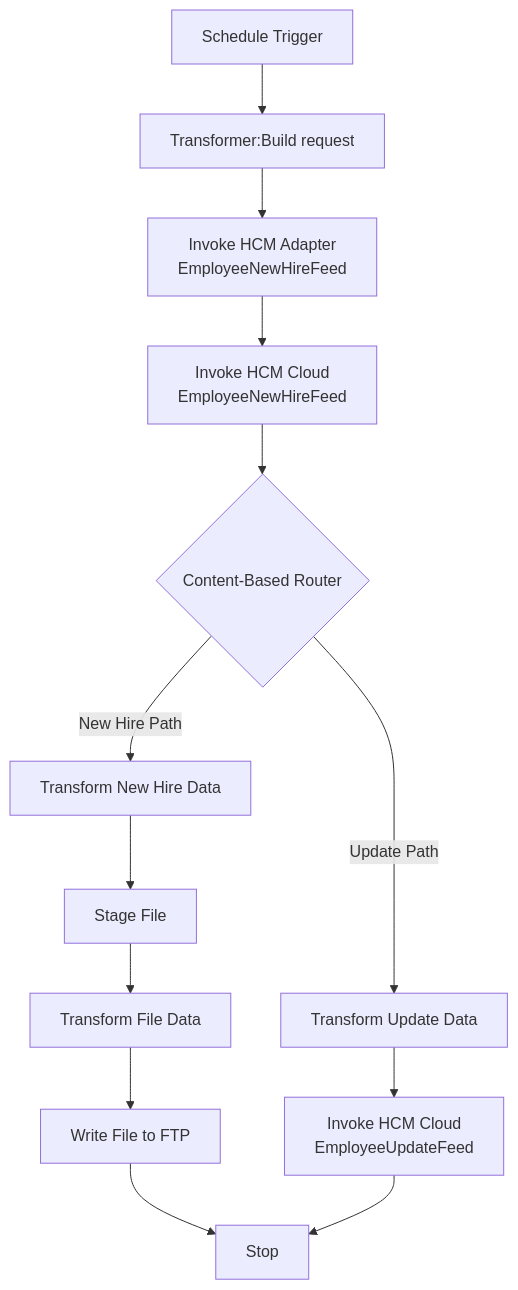
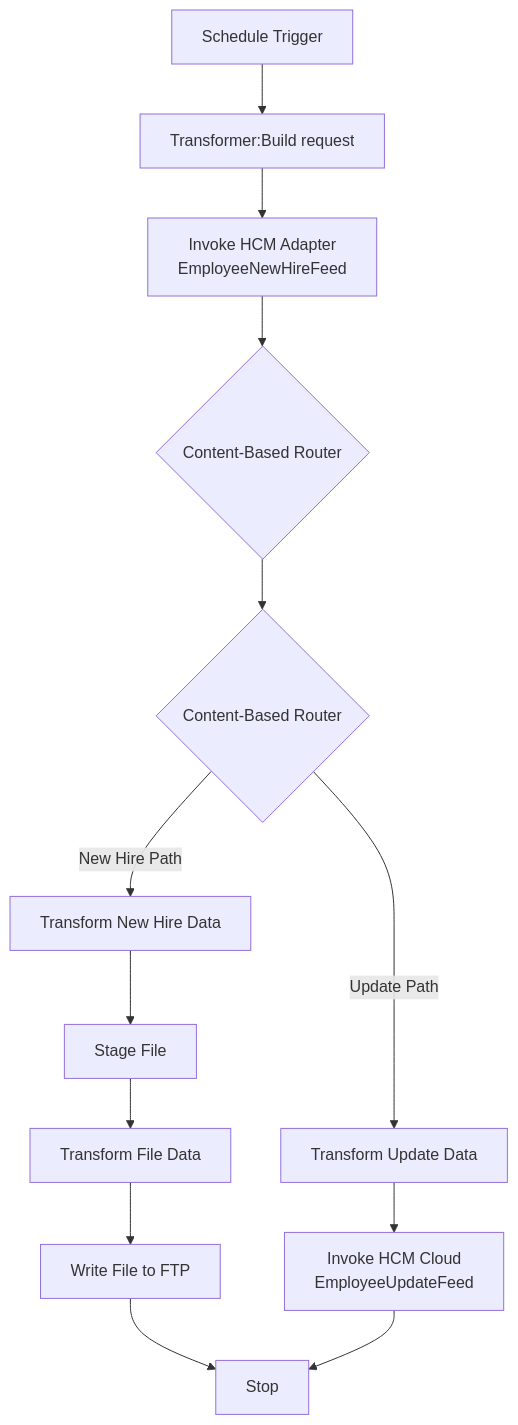
The first of 2 diagrams in Seaspan/Helm/EmployeeMaster.md (shanchih/Seaspan), drawn with Mermaid before and after one commit. The commit also changed other lines of this file, not shown here.

Commit message:
Seaspan/Helm/EmployeeMaster.md updated from https://stackedit.io/

````diff
--- a/Seaspan/Helm/EmployeeMaster.md
+++ b/Seaspan/Helm/EmployeeMaster.md
@@ -63,21 +63,21 @@
 ```mermaid
 flowchart TD
     A[Schedule Trigger] --> B[Transformer:Build request]
     B --> C[Invoke HCM Adapter\nEmployeeNewHireFeed]
-    C --> D[Invoke HCM Cloud\nEmployeeNewHireFeed]
+    C --> D{Content-Based Router}
     D --> E{Content-Based Router}
     
     E --> |New Hire Path| F[Transform New Hire Data]
     F --> G[Stage File]
     G --> H[Transform File Data]
     H --> I[Write File to FTP]
     
     E --> |Update Path| J[Transform Update Data]
     J --> K[Invoke HCM Cloud\nEmployeeUpdateFeed]
     
     
     I --> N[Stop]
     K --> N
 
 
 ```
````
